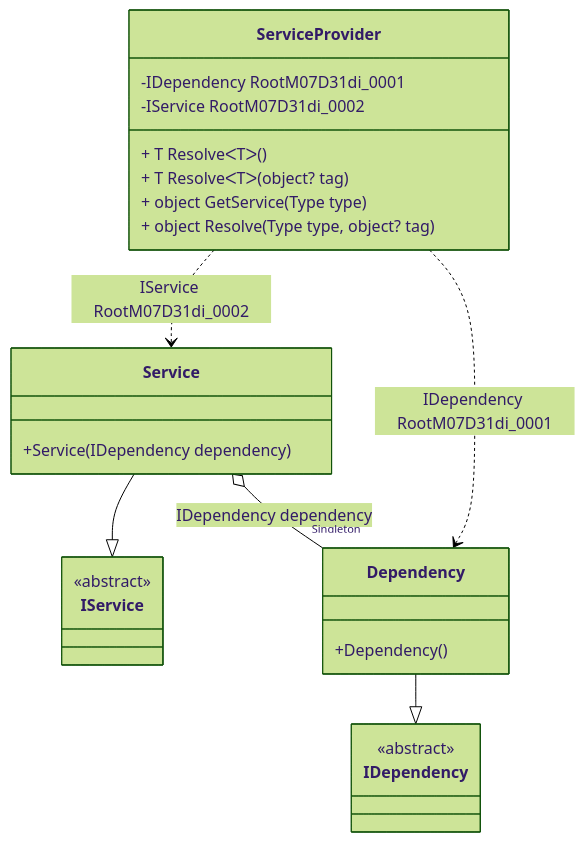
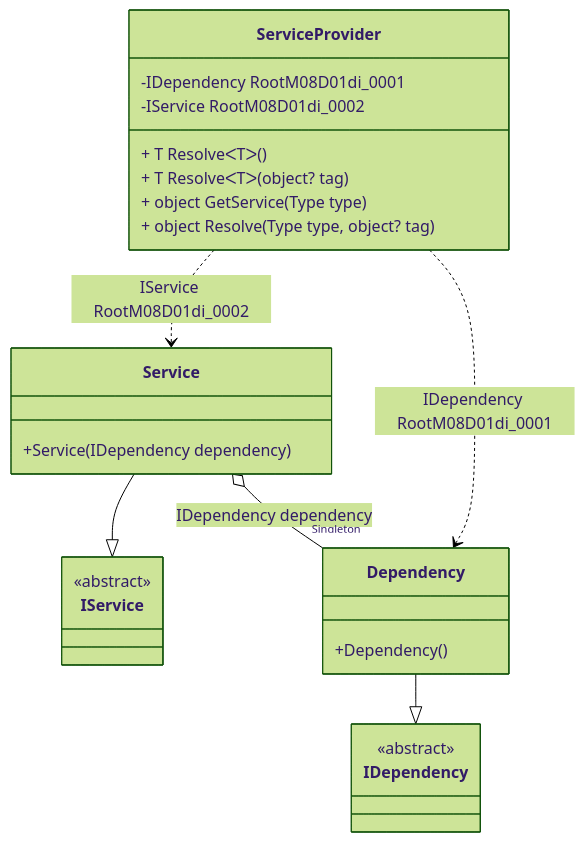
One commit to DevTeam/Pure.DI changed the diagram in readme/service-provider.md. Above: the diagram before and after it, drawn with Mermaid (forest theme). The commit also changed other lines of this file and 55 other files, not shown here.

````diff
--- a/readme/service-provider.md
+++ b/readme/service-provider.md
@@ -50,28 +50,28 @@
 ```mermaid
 classDiagram
   class ServiceProvider {
-    -IDependency RootM07D31di_0001
-    -IService RootM07D31di_0002
+    -IDependency RootM08D01di_0001
+    -IService RootM08D01di_0002
     + T ResolveᐸTᐳ()
     + T ResolveᐸTᐳ(object? tag)
     + object GetService(Type type)
     + object Resolve(Type type, object? tag)
   }
   Service --|> IService : 
   class Service {
     +Service(IDependency dependency)
   }
   Dependency --|> IDependency : 
   class Dependency {
     +Dependency()
   }
   class IService {
     <<abstract>>
   }
   class IDependency {
     <<abstract>>
   }
   Service o--  "Singleton" Dependency : IDependency dependency
-  ServiceProvider ..> Dependency : IDependency RootM07D31di_0001
-  ServiceProvider ..> Service : IService RootM07D31di_0002
+  ServiceProvider ..> Dependency : IDependency RootM08D01di_0001
+  ServiceProvider ..> Service : IService RootM08D01di_0002
 ```
````
